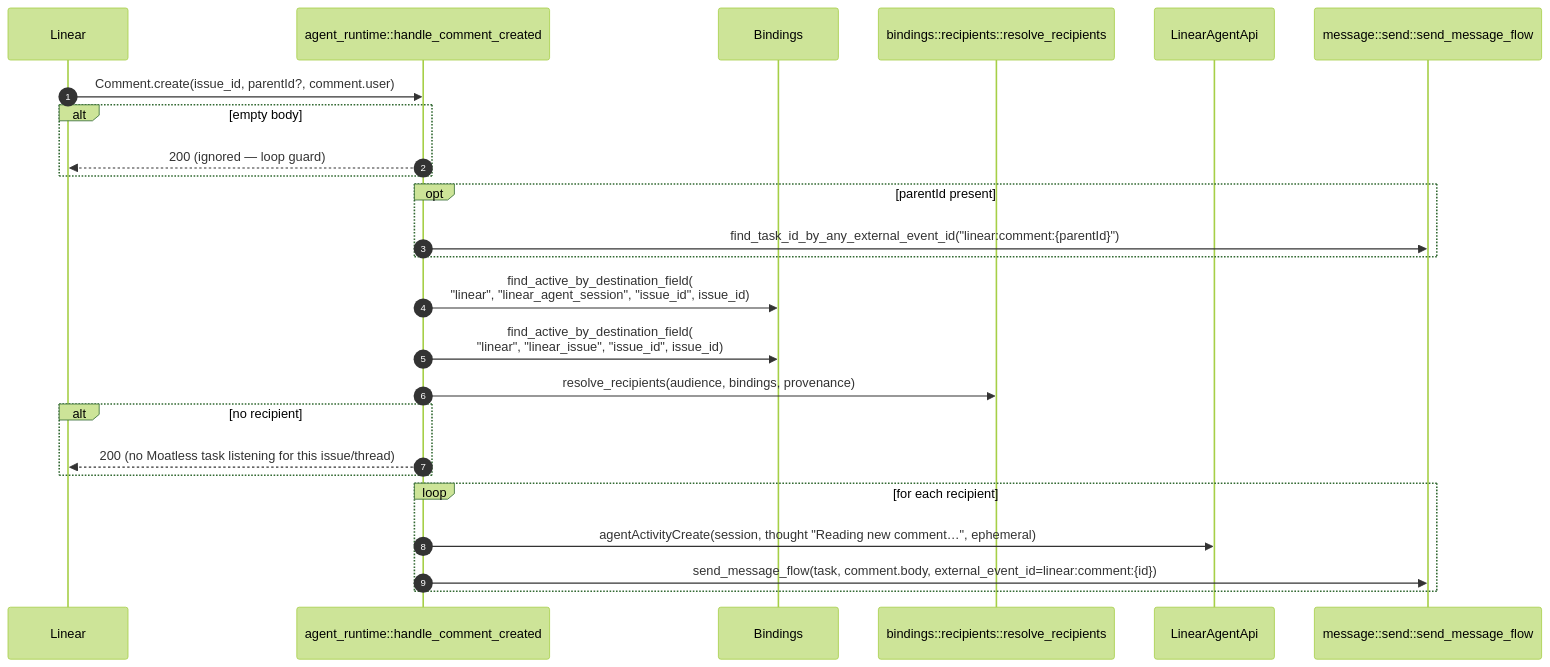
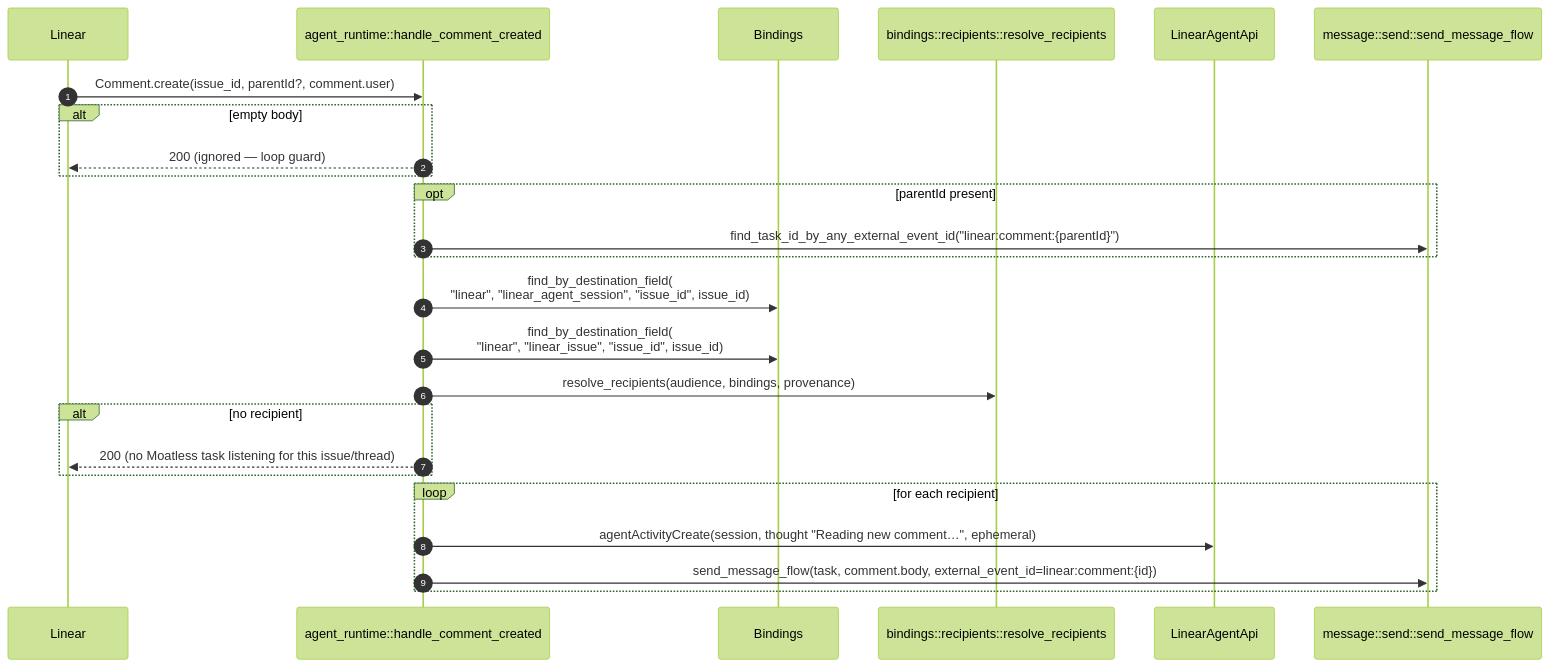
One commit to aorwall/moatless changed the fourth of 9 diagrams in docs/linear-adapter.md. Above: the diagram before and after it, drawn with Mermaid (forest theme). The commit also changed other lines of this file and 6 other files, not shown here.

First line of the commit message:
fix(adapters): let a closed task's Linear binding stop blocking its loop (#1299)

````diff
--- a/docs/linear-adapter.md
+++ b/docs/linear-adapter.md
@@ -232,28 +232,28 @@
 ```mermaid
 sequenceDiagram
     autonumber
     participant Linear
     participant Runtime as agent_runtime::handle_comment_created
     participant BindingRepo as Bindings
     participant Resolver as bindings::recipients::resolve_recipients
     participant API as LinearAgentApi
     participant MsgFlow as message::send::send_message_flow
 
     Linear->>Runtime: Comment.create(issue_id, parentId?, comment.user)
     alt empty body
         Runtime-->>Linear: 200 (ignored — loop guard)
     end
     opt parentId present
         Runtime->>MsgFlow: find_task_id_by_any_external_event_id("linear:comment:{parentId}")
     end
-    Runtime->>BindingRepo: find_active_by_destination_field(<br/>"linear", "linear_agent_session", "issue_id", issue_id)
-    Runtime->>BindingRepo: find_active_by_destination_field(<br/>"linear", "linear_issue", "issue_id", issue_id)
+    Runtime->>BindingRepo: find_by_destination_field(<br/>"linear", "linear_agent_session", "issue_id", issue_id)
+    Runtime->>BindingRepo: find_by_destination_field(<br/>"linear", "linear_issue", "issue_id", issue_id)
     Runtime->>Resolver: resolve_recipients(audience, bindings, provenance)
     alt no recipient
         Runtime-->>Linear: 200 (no Moatless task listening for this issue/thread)
     end
     loop for each recipient
         Runtime->>API: agentActivityCreate(session, thought "Reading new comment…", ephemeral)
         Runtime->>MsgFlow: send_message_flow(task, comment.body, external_event_id=linear:comment:{id})
     end
 ```
````
